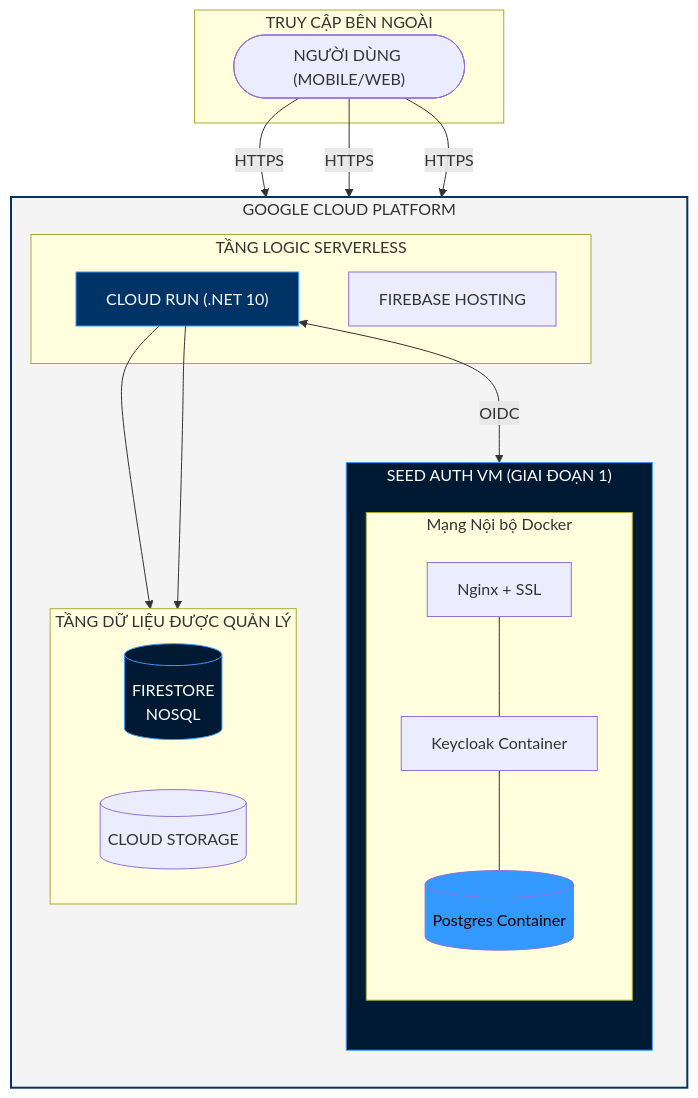
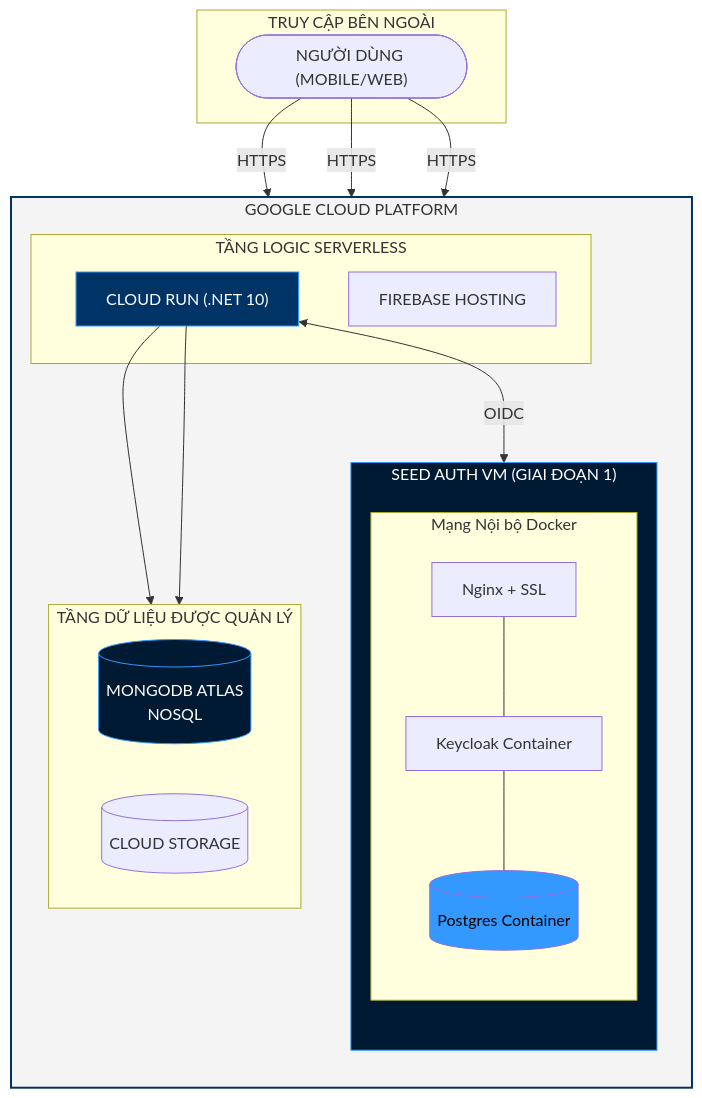
One commit to Planthor/planthor-documentation changed the second of 4 diagrams in i18n/vi/docusaurus-plugin-content-docs/current/devops.md. Above: the diagram before and after it, drawn with Mermaid. The commit also changed other lines of this file and 7 other files, not shown here.

````diff
--- a/i18n/vi/docusaurus-plugin-content-docs/current/devops.md
+++ b/i18n/vi/docusaurus-plugin-content-docs/current/devops.md
@@ -72,47 +72,47 @@
 ```mermaid
 flowchart TB
     subgraph Users ["TRUY CẬP BÊN NGOÀI"]
         User(["NGƯỜI DÙNG (MOBILE/WEB)"])
     end
 
     subgraph GCP ["GOOGLE CLOUD PLATFORM"]
         direction TB
 
         subgraph VM_HOST ["SEED AUTH VM (GIAI ĐOẠN 1)"]
             direction TB
             subgraph Docker_Network ["Mạng Nội bộ Docker"]
                 Nginx["Nginx + SSL"]
                 KC["Keycloak Container"]
                 DB_LOCAL[("Postgres Container")]
                 Nginx --- KC --- DB_LOCAL
             end
         end
 
         subgraph APP_TIER ["TẦNG LOGIC SERVERLESS"]
             CR["CLOUD RUN (.NET 10)"]
             FB["FIREBASE HOSTING"]
         end
 
         subgraph DATA_TIER ["TẦNG DỮ LIỆU ĐƯỢC QUẢN LÝ"]
             direction LR
-            FS[("FIRESTORE\nNOSQL")]
+            FS[("MONGODB ATLAS\nNOSQL")]
             GCS[("CLOUD STORAGE")]
         end
     end
 
     %% Connections
     User -->|HTTPS| FB
     User -->|HTTPS| Nginx
     User -->|HTTPS| CR
     
     CR <-->|OIDC| KC
     CR --> FS
     CR --> GCS
 
     %% Styling
     style GCP fill:#f4f4f4,stroke:#003366,stroke-width:2px
     style VM_HOST fill:#001a33,color:#fff,stroke:#3399ff
     style CR fill:#003366,color:#fff,stroke:#3399ff
     style DB_LOCAL fill:#3399ff,color:#000
     style FS fill:#001a33,color:#fff,stroke:#3399ff
 ```
````
